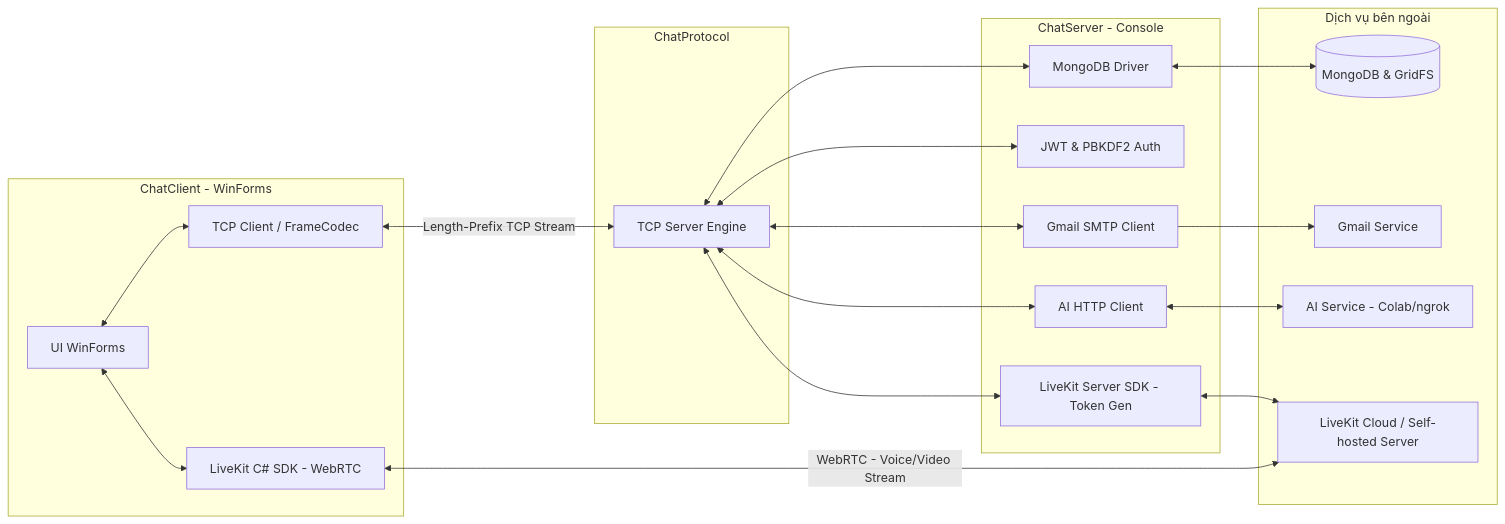
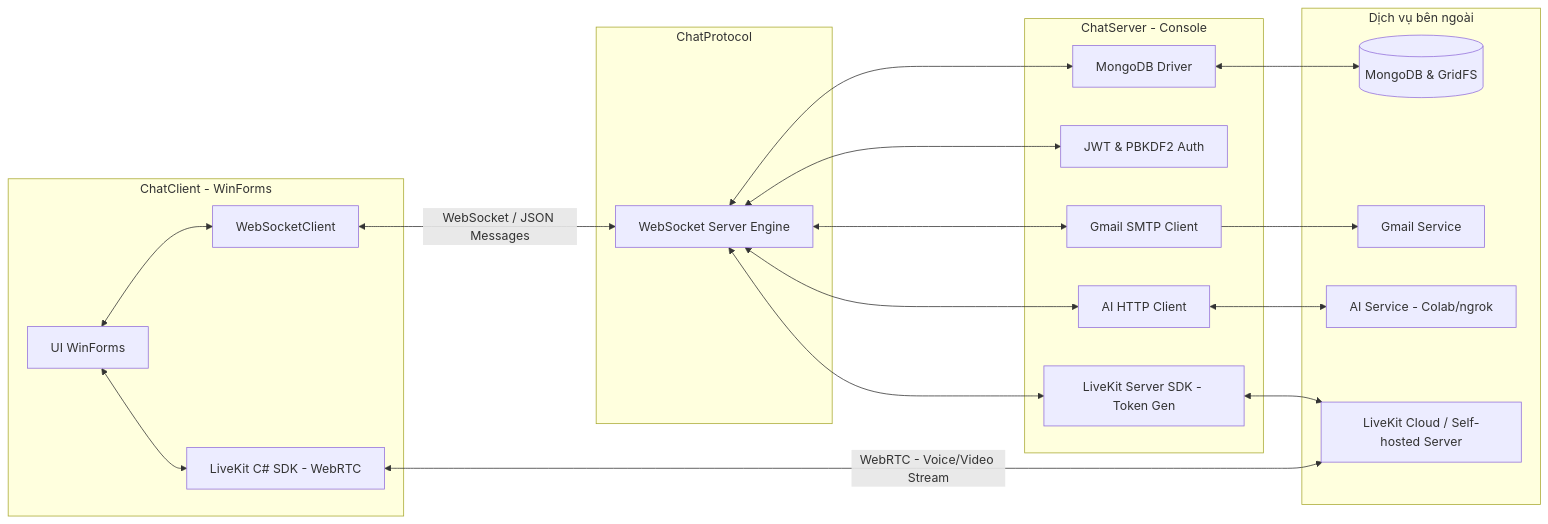
One commit to Duckkeip/LapTrinhMang-Nhom5 changed the first of 2 diagrams in README.md. Above: the diagram before and after it, drawn with Mermaid. The commit also changed other lines of this file, not shown here.

First line of the commit message:
Revise README for WebSocket and project updates

````diff
--- a/README.md
+++ b/README.md
@@ -21,27 +27,27 @@
 ```mermaid
-     flowchart LR
+flowchart LR
     subgraph Client [ChatClient - WinForms]
-        A[UI WinForms] <--> B[TCP Client / FrameCodec]
+        A[UI WinForms] <--> B[WebSocketClient]
         A <--> LK_Client[LiveKit C# SDK - WebRTC]
     end
 
     subgraph Protocol [ChatProtocol]
-        B <-->|Length-Prefix TCP Stream| C[TCP Server Engine]
+        B <-->|WebSocket / JSON Messages| C[WebSocket Server Engine]
     end
 
     subgraph Server [ChatServer - Console]
         C <--> D[MongoDB Driver]
         C <--> E[JWT & PBKDF2 Auth]
         C <--> F[Gmail SMTP Client]
         C <--> G[AI HTTP Client]
         C <--> H[LiveKit Server SDK - Token Gen]
     end
 
     subgraph External [Dịch vụ bên ngoài]
         D <--> DB[(MongoDB & GridFS)]
         F --> SMTP[Gmail Service]
         G <--> AI[AI Service - Colab/ngrok]
         H <--> LK_Server[LiveKit Cloud / Self-hosted Server]
         LK_Client <-->|WebRTC - Voice/Video Stream| LK_Server
     end
 ```
````
